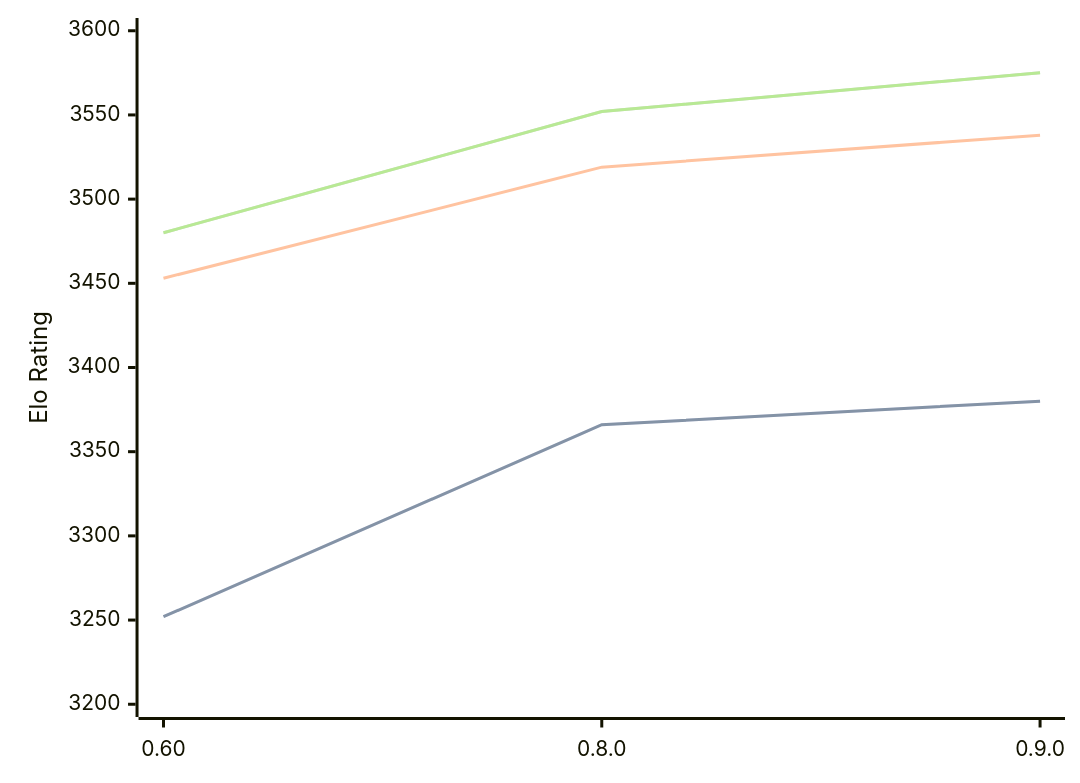
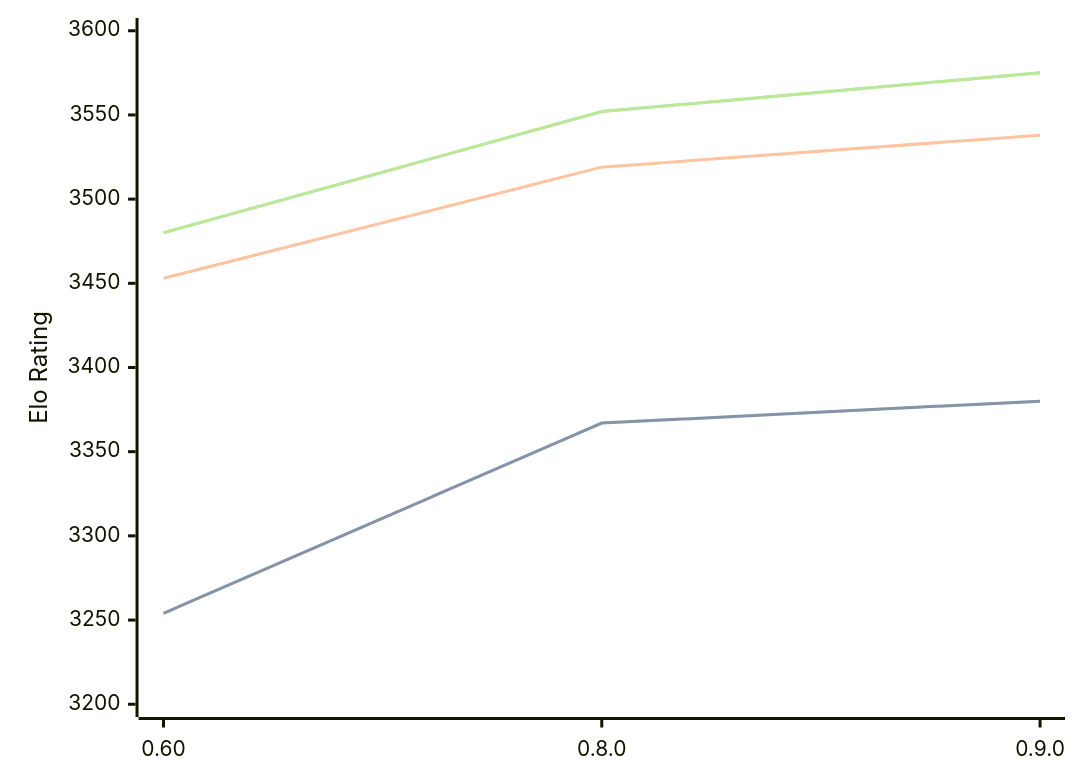
The diagram in engines/Motor.md (computer-chess-index/cci), drawn with Mermaid before and after one commit. The commit also changed other lines of this file, not shown here.

````diff
--- a/engines/Motor.md
+++ b/engines/Motor.md
@@ -37,11 +37,11 @@
 ```mermaid
 %%{init: {"theme":"base","themeVariables":{"seriesColors:['#a3a3a3','#222221','#faa371']}}}%%
 xychart-beta
   x-axis ["0.60", "0.8.0", "0.9.0"]
   y-axis "Elo Rating" 3200 --> 3600
-  line "STC (8.0+0.08s)" [3252, 3366, 3380]
-  line "STC (8.0+0.08s)" [3252, 3366, 3380]
+  line "STC (8.0+0.08s)" [3254, 3367, 3380]
+  line "STC (8.0+0.08s)" [3254, 3367, 3380]
   line "LTC (60.0+0.60s)" [3453, 3519, 3538]
   line "VLTC (2m24s+1.12s)" [3480, 3552, 3575]
   line "VLTC (2m24s+1.12s)" [3480, 3552, 3575]
 ```
````
